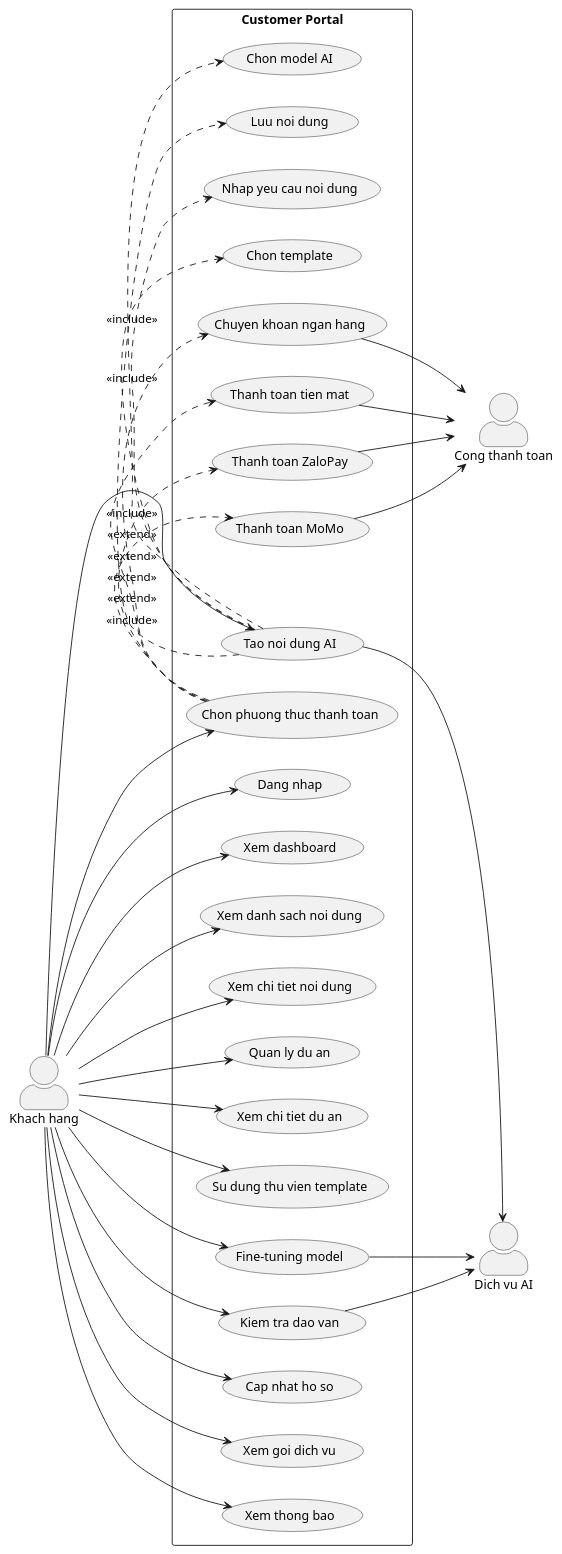
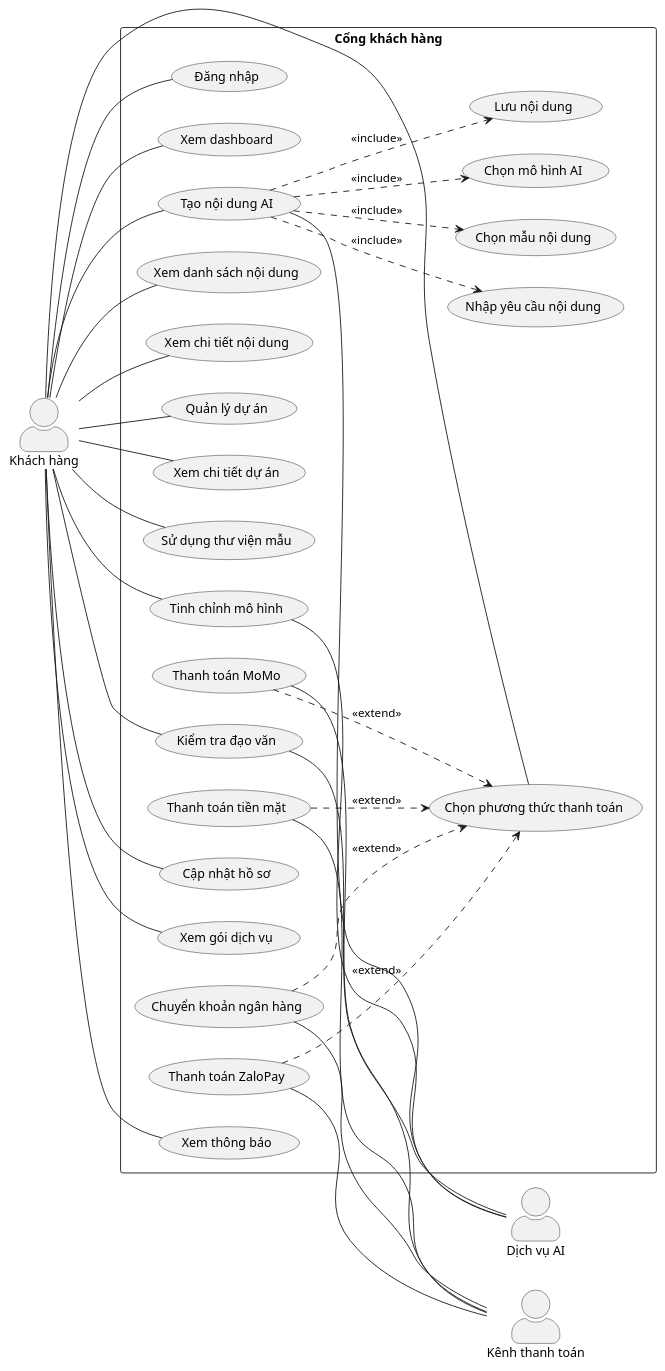
One commit to 23521228-BuiLeHuyPhuoc/NT114.Q21-Web-Copy-Writing changed the second of 3 diagrams in frontend/USE_CASES.md. Above: the diagram before and after it, drawn with PlantUML. The commit also changed other lines of this file and 4 other files, not shown here.

````diff
--- a/frontend/USE_CASES.md
+++ b/frontend/USE_CASES.md
@@ -108,68 +122,68 @@
 ```plantuml
 @startuml
 left to right direction
 skinparam packageStyle rectangle
 skinparam actorStyle awesome
 
-actor "Khach hang" as Customer
-actor "Cong thanh toan" as PaymentGateway
-actor "Dich vu AI" as AIService
+actor "Khách hàng" as Customer
+actor "Kênh thanh toán" as PaymentChannel
+actor "Dịch vụ AI" as AIService
 
-rectangle "Customer Portal" {
-  usecase "Dang nhap" as Login
+rectangle "Cổng khách hàng" {
+  usecase "Đăng nhập" as Login
   usecase "Xem dashboard" as Dashboard
-  usecase "Tao noi dung AI" as Generate
-  usecase "Nhap yeu cau noi dung" as EnterPrompt
-  usecase "Chon template" as ChooseTemplate
-  usecase "Chon model AI" as ChooseModel
-  usecase "Luu noi dung" as SaveContent
-  usecase "Xem danh sach noi dung" as ViewContents
-  usecase "Xem chi tiet noi dung" as ViewContentDetail
-  usecase "Quan ly du an" as ManageProjects
-  usecase "Xem chi tiet du an" as ProjectDetail
-  usecase "Su dung thu vien template" as TemplateLibrary
-  usecase "Fine-tuning model" as FineTune
-  usecase "Kiem tra dao van" as Plagiarism
-  usecase "Cap nhat ho so" as Profile
-  usecase "Xem goi dich vu" as ViewPlan
-  usecase "Chon phuong thuc thanh toan" as ChoosePayment
-  usecase "Thanh toan tien mat" as CashPayment
-  usecase "Chuyen khoan ngan hang" as BankPayment
-  usecase "Thanh toan ZaloPay" as ZaloPayment
-  usecase "Thanh toan MoMo" as MomoPayment
-  usecase "Xem thong bao" as Notifications
+  usecase "Tạo nội dung AI" as Generate
+  usecase "Nhập yêu cầu nội dung" as EnterPrompt
+  usecase "Chọn mẫu nội dung" as ChooseTemplate
+  usecase "Chọn mô hình AI" as ChooseModel
+  usecase "Lưu nội dung" as SaveContent
+  usecase "Xem danh sách nội dung" as ViewContents
+  usecase "Xem chi tiết nội dung" as ViewContentDetail
+  usecase "Quản lý dự án" as ManageProjects
+  usecase "Xem chi tiết dự án" as ProjectDetail
+  usecase "Sử dụng thư viện mẫu" as TemplateLibrary
+  usecase "Tinh chỉnh mô hình" as FineTune
+  usecase "Kiểm tra đạo văn" as Plagiarism
+  usecase "Cập nhật hồ sơ" as Profile
+  usecase "Xem gói dịch vụ" as ViewPlan
+  usecase "Chọn phương thức thanh toán" as ChoosePayment
+  usecase "Thanh toán tiền mặt" as CashPayment
+  usecase "Chuyển khoản ngân hàng" as BankPayment
+  usecase "Thanh toán ZaloPay" as ZaloPayment
+  usecase "Thanh toán MoMo" as MomoPayment
+  usecase "Xem thông báo" as Notifications
 }
 
-Customer --> Login
-Customer --> Dashboard
-Customer --> Generate
-Customer --> ViewContents
-Customer --> ViewContentDetail
-Customer --> ManageProjects
-Customer --> ProjectDetail
-Customer --> TemplateLibrary
-Customer --> FineTune
-Customer --> Plagiarism
-Customer --> Profile
-Customer --> ViewPlan
-Customer --> ChoosePayment
-Customer --> Notifications
+Customer -- Login
+Customer -- Dashboard
+Customer -- Generate
+Customer -- ViewContents
+Customer -- ViewContentDetail
+Customer -- ManageProjects
+Customer -- ProjectDetail
+Customer -- TemplateLibrary
+Customer -- FineTune
+Customer -- Plagiarism
+Customer -- Profile
+Customer -- ViewPlan
+Customer -- ChoosePayment
+Customer -- Notifications
 
-Generate .> EnterPrompt : <<include>>
-Generate .> ChooseTemplate : <<include>>
-Generate .> ChooseModel : <<include>>
-Generate .> SaveContent : <<include>>
-Generate --> AIService
-FineTune --> AIService
-Plagiarism --> AIService
+Generate ..> EnterPrompt : <<include>>
+Generate ..> ChooseTemplate : <<include>>
+Generate ..> ChooseModel : <<include>>
+Generate ..> SaveContent : <<include>>
+Generate -- AIService
+FineTune -- AIService
+Plagiarism -- AIService
 
-ChoosePayment .> CashPayment : <<extend>>
-ChoosePayment .> BankPayment : <<extend>>
-ChoosePayment .> ZaloPayment : <<extend>>
-ChoosePayment .> MomoPayment : <<extend>>
-CashPayment --> PaymentGateway
-BankPayment --> PaymentGateway
-ZaloPayment --> PaymentGateway
-MomoPayment --> PaymentGateway
+CashPayment ..> ChoosePayment : <<extend>>
+BankPayment ..> ChoosePayment : <<extend>>
+ZaloPayment ..> ChoosePayment : <<extend>>
+MomoPayment ..> ChoosePayment : <<extend>>
+CashPayment -- PaymentChannel
+BankPayment -- PaymentChannel
+ZaloPayment -- PaymentChannel
+MomoPayment -- PaymentChannel
 @enduml
 ```
````
